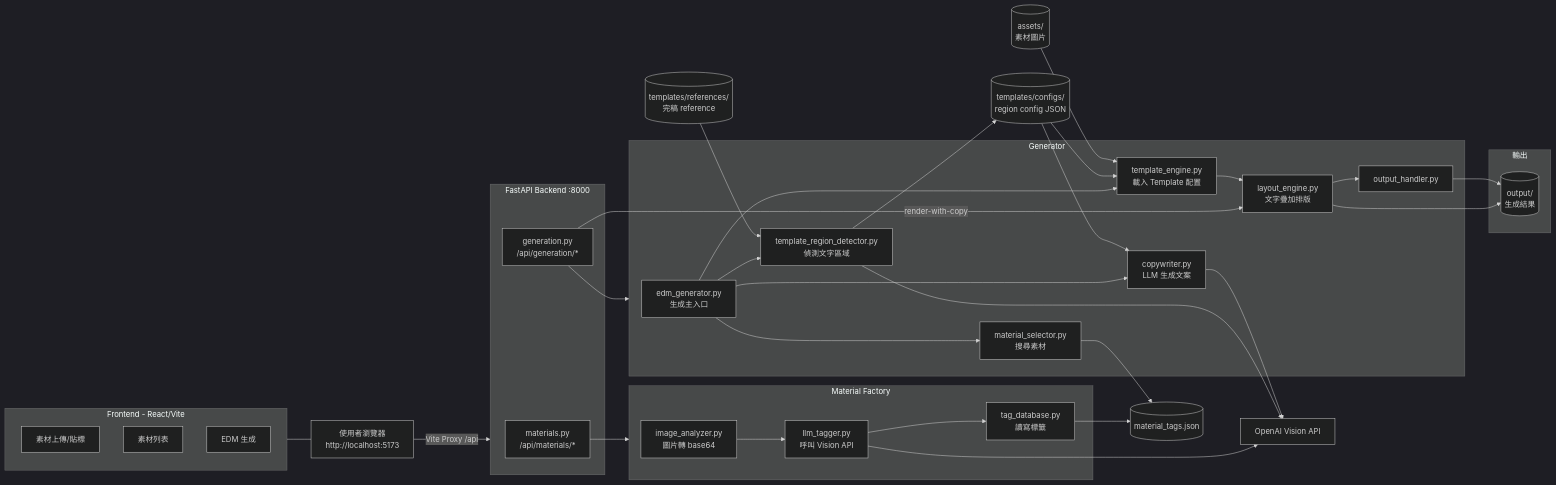
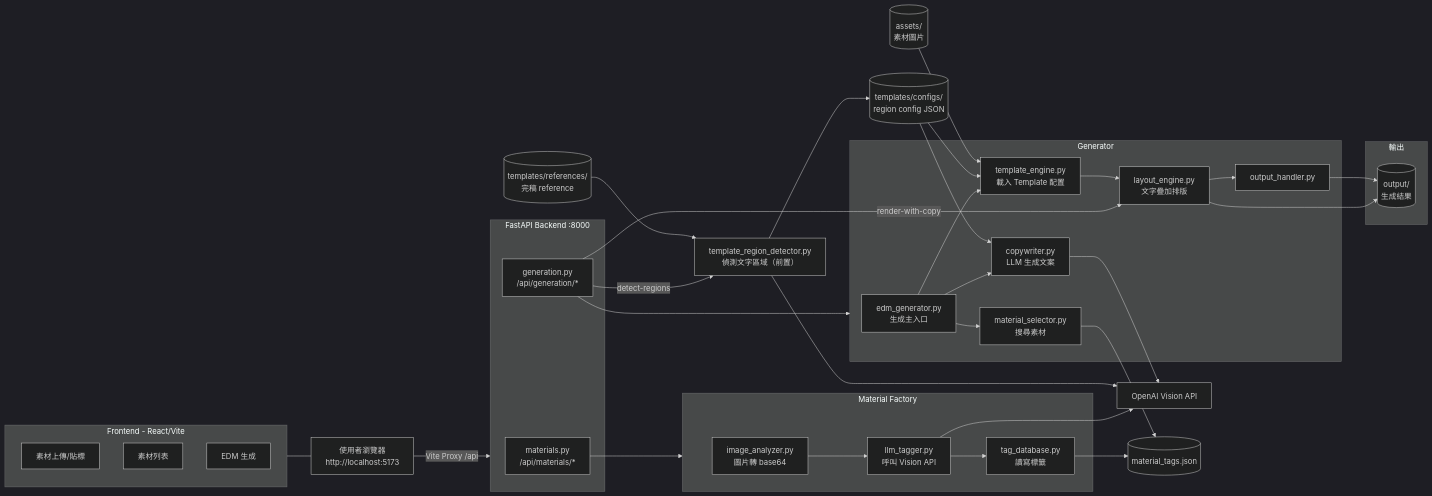
Before and after one commit to SamLai228/creative_agent: the diagram in docs/architecture.md, drawn with Mermaid (dark theme).

Commit message:
docs: move RegionDetector out of Generator subgraph
偵測文字區域為前置步驟，由 detect-regions API 手動觸發，
不屬於生成流程，獨立於 Generator subgraph 之外。

````diff
--- a/docs/architecture.md
+++ b/docs/architecture.md
@@ -3,71 +3,72 @@
 ```mermaid
 flowchart LR
     Browser["使用者瀏覽器<br/>http://localhost:5173"]
 
     subgraph Frontend["Frontend - React/Vite"]
         UI_Upload["素材上傳/貼標"]
         UI_List["素材列表"]
         UI_Generate["EDM 生成"]
     end
 
     subgraph Backend["FastAPI Backend :8000"]
         R_Materials["materials.py<br/>/api/materials/*"]
         R_Generation["generation.py<br/>/api/generation/*"]
     end
 
     subgraph MaterialFactory["Material Factory"]
         ImageAnalyzer["image_analyzer.py<br/>圖片轉 base64"]
         LLMTagger["llm_tagger.py<br/>呼叫 Vision API"]
         TagDatabase["tag_database.py<br/>讀寫標籤"]
     end
 
     subgraph Generator["Generator"]
         EDMGenerator["edm_generator.py<br/>生成主入口"]
         MaterialSelector["material_selector.py<br/>搜尋素材"]
-        RegionDetector["template_region_detector.py<br/>偵測文字區域"]
         TemplateEngine["template_engine.py<br/>載入 Template 配置"]
         LayoutEngine["layout_engine.py<br/>文字疊加排版"]
         Copywriter["copywriter.py<br/>LLM 生成文案"]
         OutputHandler["output_handler.py"]
     end
+
+    RegionDetector["template_region_detector.py<br/>偵測文字區域（前置）"]
 
     OpenAI["OpenAI Vision API"]
 
     DB[("material_tags.json")]
     Assets[("assets/<br/>素材圖片")]
     TplRefs[("templates/references/<br/>完稿 reference")]
     TplConfigs[("templates/configs/<br/>region config JSON")]
 
     subgraph OutputZone["輸出"]
         Output[("output/<br/>生成結果")]
     end
 
     Browser -->|"Vite Proxy /api"| Backend
     Frontend --- Browser
 
     R_Materials --> MaterialFactory
     R_Generation --> Generator
     R_Generation -->|"render-with-copy"| LayoutEngine
 
     ImageAnalyzer --> LLMTagger
     LLMTagger --> OpenAI
     LLMTagger --> TagDatabase
     TagDatabase --> DB
 
+    R_Generation -->|"detect-regions"| RegionDetector
     EDMGenerator --> MaterialSelector
-    EDMGenerator --> RegionDetector
     EDMGenerator --> Copywriter
     EDMGenerator --> TemplateEngine
     MaterialSelector --> DB
     TplRefs --> RegionDetector
     RegionDetector --> OpenAI
     RegionDetector --> TplConfigs
     TplConfigs --> Copywriter
     TplConfigs --> TemplateEngine
     Copywriter --> OpenAI
     Assets --> TemplateEngine
     TemplateEngine --> LayoutEngine
     LayoutEngine --> OutputHandler
     LayoutEngine --> Output
     OutputHandler --> Output
 ```
````
